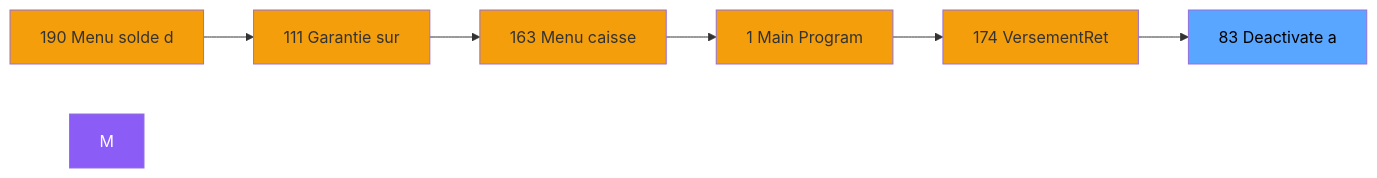
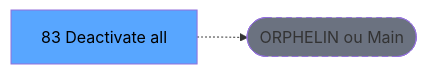
Before and after one commit to thonyAGP/lecteur-magic: the second of 3 diagrams in .openspec/renders/ADH-IDE-83.md, drawn with Mermaid. The commit also changed other lines of this file and 701 other files, not shown here.

````diff
--- a/.openspec/renders/ADH-IDE-83.md
+++ b/.openspec/renders/ADH-IDE-83.md
@@ -112,21 +117,8 @@
 ```mermaid
 graph LR
-    N190[190 Menu solde d]
-    N111[111 Garantie sur]
-    N163[163 Menu caisse ]
-    N1[1 Main Program]
-    N174[174 VersementRet]
-    T[83 Deactivate a]
-    N190 --> N111
-    N111 --> N163
-    N163 --> N1
-    N1 --> N174
-    N174 --> T
-    style M fill:#8b5cf6,color:#fff
-    style N190 fill:#f59e0b
-    style N111 fill:#f59e0b
-    style N163 fill:#f59e0b
-    style N1 fill:#f59e0b
-    style N174 fill:#f59e0b
+    T[83 Deactivate all ]
+    ORPHAN([ORPHELIN ou Main])
+    T -.-> ORPHAN
     style T fill:#58a6ff,color:#000
+    style ORPHAN fill:#6b7280,stroke-dasharray: 5 5
 ```
````
